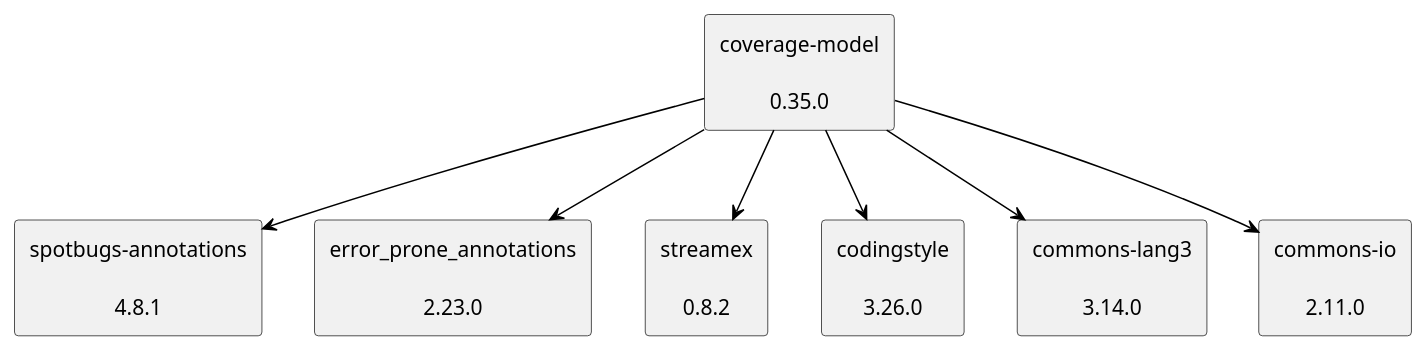
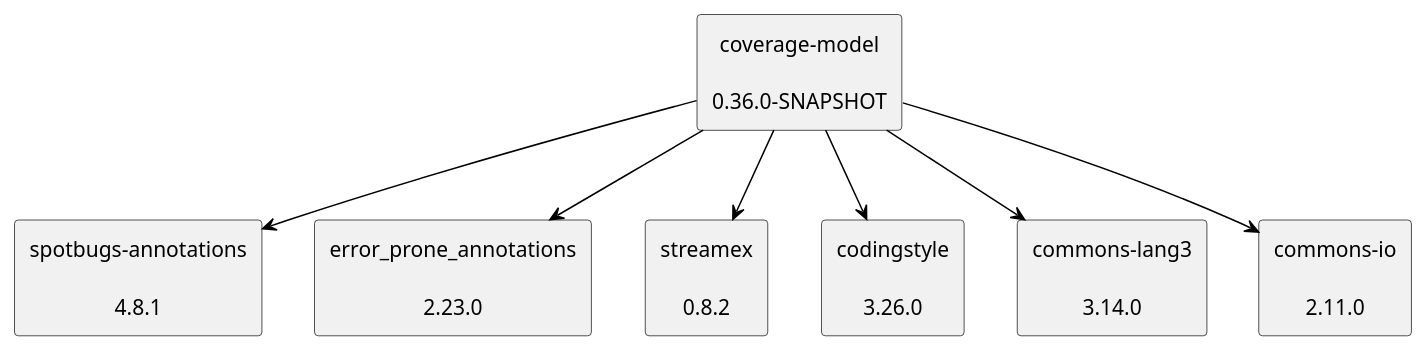
One commit to jenkinsci/coverage-model changed the diagram in doc/dependency-graph.puml. Above: the diagram before and after it, drawn with PlantUML. The commit also changed 9 other files, not shown here.

```diff
--- a/doc/dependency-graph.puml
+++ b/doc/dependency-graph.puml
@@ -1,22 +1,22 @@
 @startuml
 skinparam defaultTextAlignment center
 skinparam rectangle {
   BackgroundColor<<optional>> beige
   BackgroundColor<<test>> lightGreen
   BackgroundColor<<runtime>> lightBlue
   BackgroundColor<<provided>> lightGray
 }
-rectangle "coverage-model\n\n0.35.0" as edu_hm_hafner_coverage_model_jar
+rectangle "coverage-model\n\n0.36.0-SNAPSHOT" as edu_hm_hafner_coverage_model_jar
 rectangle "spotbugs-annotations\n\n4.8.1" as com_github_spotbugs_spotbugs_annotations_jar
 rectangle "error_prone_annotations\n\n2.23.0" as com_google_errorprone_error_prone_annotations_jar
 rectangle "streamex\n\n0.8.2" as one_util_streamex_jar
 rectangle "codingstyle\n\n3.26.0" as edu_hm_hafner_codingstyle_jar
 rectangle "commons-lang3\n\n3.14.0" as org_apache_commons_commons_lang3_jar
 rectangle "commons-io\n\n2.11.0" as commons_io_commons_io_jar
 edu_hm_hafner_coverage_model_jar -[#000000]-> com_github_spotbugs_spotbugs_annotations_jar
 edu_hm_hafner_coverage_model_jar -[#000000]-> com_google_errorprone_error_prone_annotations_jar
 edu_hm_hafner_coverage_model_jar -[#000000]-> one_util_streamex_jar
 edu_hm_hafner_coverage_model_jar -[#000000]-> edu_hm_hafner_codingstyle_jar
 edu_hm_hafner_coverage_model_jar -[#000000]-> org_apache_commons_commons_lang3_jar
 edu_hm_hafner_coverage_model_jar -[#000000]-> commons_io_commons_io_jar
 @enduml
```
